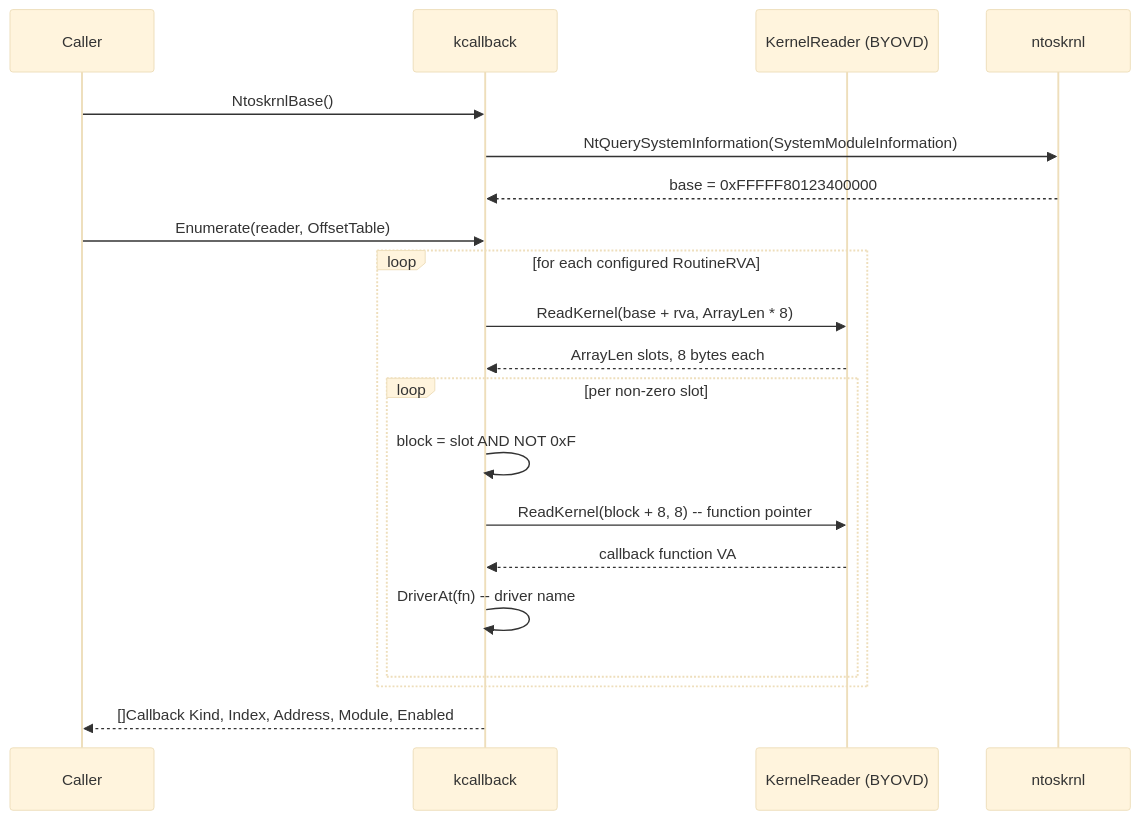
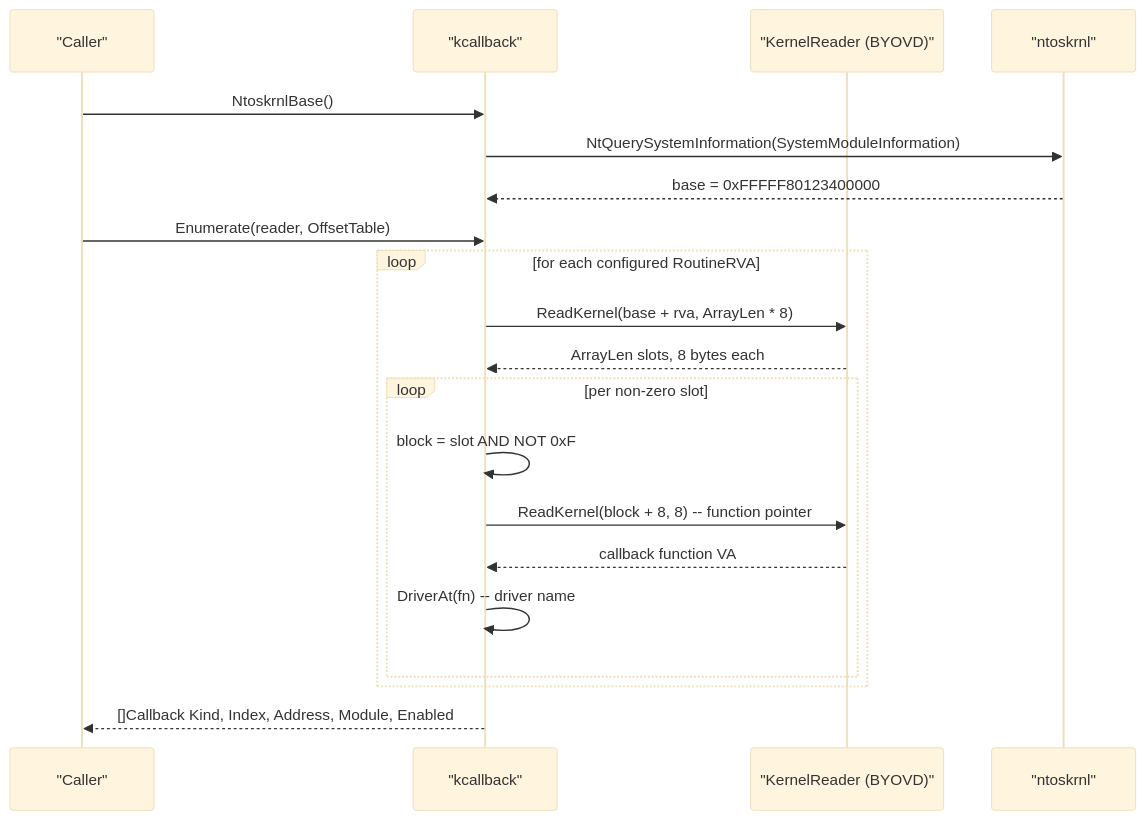
The diagram in docs/techniques/evasion/kernel-callback-removal.md (oioio-space/maldev), drawn with Mermaid (base theme) before and after one commit. The commit also changed 52 other files, not shown here.

First line of the commit message:
fix(docs): quote multi-word Mermaid participant aliases — 11.2.0 strict-mode sweep

````diff
--- a/docs/techniques/evasion/kernel-callback-removal.md
+++ b/docs/techniques/evasion/kernel-callback-removal.md
@@ -48,24 +48,24 @@
 ```mermaid
 sequenceDiagram
-    participant U as Caller
-    participant K as kcallback
-    participant R as KernelReader (BYOVD)
-    participant N as ntoskrnl
+    participant U as "Caller"
+    participant K as "kcallback"
+    participant R as "KernelReader (BYOVD)"
+    participant N as "ntoskrnl"
 
     U->>K: NtoskrnlBase()
     K->>N: NtQuerySystemInformation(SystemModuleInformation)
     N-->>K: base = 0xFFFFF80123400000
 
     U->>K: Enumerate(reader, OffsetTable)
     loop for each configured RoutineRVA
         K->>R: ReadKernel(base + rva, ArrayLen * 8)
         R-->>K: ArrayLen slots, 8 bytes each
         loop per non-zero slot
             K->>K: block = slot AND NOT 0xF
             K->>R: ReadKernel(block + 8, 8) -- function pointer
             R-->>K: callback function VA
             K->>K: DriverAt(fn) -- driver name
         end
     end
     K-->>U: []Callback Kind, Index, Address, Module, Enabled
 ```
````
